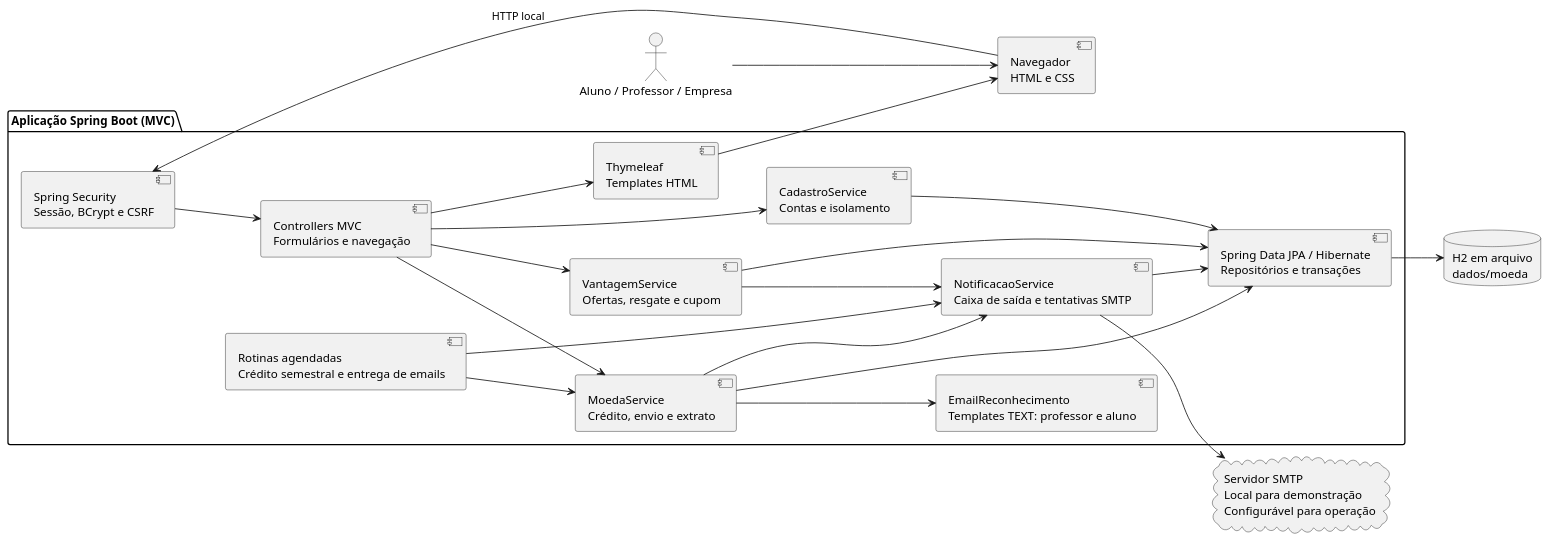
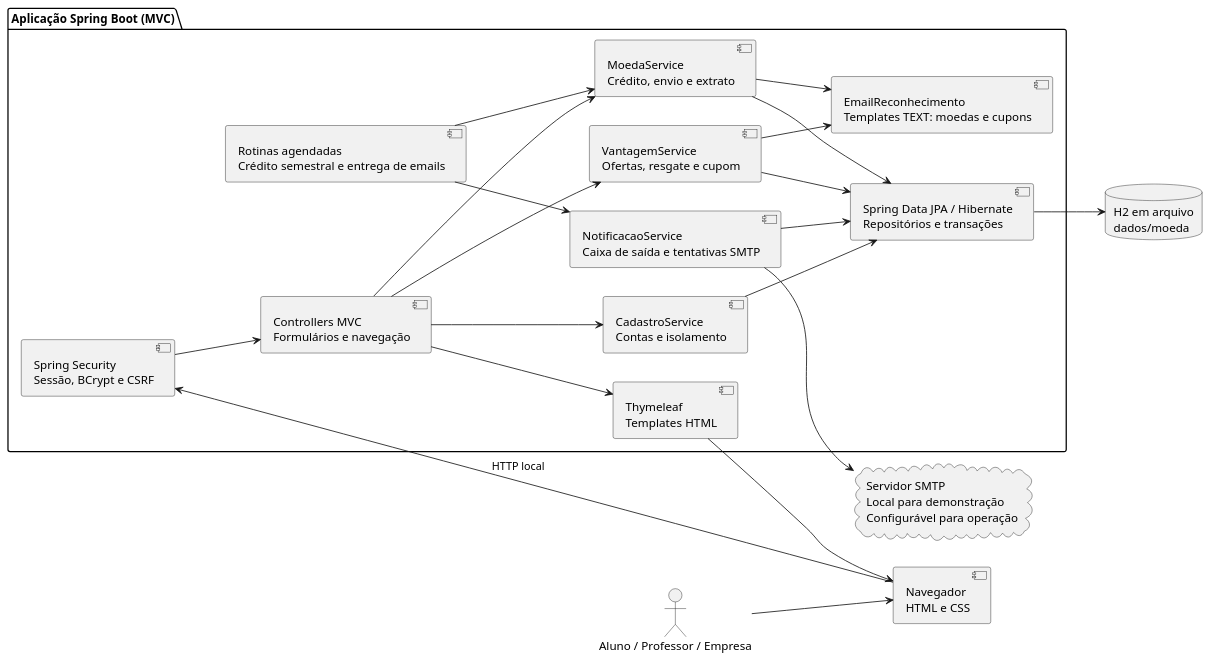
Before and after one commit to lucasnmc12/lab03-moeda-estudantil: the diagram in docs/diagramas/diagrama-de-componentes.puml, drawn with PlantUML. The commit also changed 11 other files, not shown here.

```diff
--- a/docs/diagramas/diagrama-de-componentes.puml
+++ b/docs/diagramas/diagrama-de-componentes.puml
@@ -1,39 +1,38 @@
 @startuml componentes_moeda
 skinparam shadowing false
 left to right direction
 actor "Aluno / Professor / Empresa" as Pessoa
 component "Navegador\nHTML e CSS" as Browser
 package "Aplicação Spring Boot (MVC)" {
  component "Spring Security\nSessão, BCrypt e CSRF" as Security
  component "Controllers MVC\nFormulários e navegação" as MVC
  component "Thymeleaf\nTemplates HTML" as Views
  component "CadastroService\nContas e isolamento" as Cadastro
  component "MoedaService\nCrédito, envio e extrato" as Moedas
  component "VantagemService\nOfertas, resgate e cupom" as Vantagens
  component "Spring Data JPA / Hibernate\nRepositórios e transações" as ORM
- component "EmailReconhecimento\nTemplates TEXT: professor e aluno" as TemplatesEmail
+ component "EmailReconhecimento\nTemplates TEXT: moedas e cupons" as TemplatesEmail
  component "NotificacaoService\nCaixa de saída e tentativas SMTP" as Email
  component "Rotinas agendadas\nCrédito semestral e entrega de emails" as Jobs
 }
 database "H2 em arquivo\ndados/moeda" as DB
 cloud "Servidor SMTP\nLocal para demonstração\nConfigurável para operação" as SMTP
 Pessoa --> Browser
 Browser --> Security : HTTP local
 Security --> MVC
 MVC --> Views
 Views --> Browser
 MVC --> Cadastro
 MVC --> Moedas
 MVC --> Vantagens
 Cadastro --> ORM
 Moedas --> ORM
 Vantagens --> ORM
 Moedas --> TemplatesEmail
-Moedas --> Email
-Vantagens --> Email
+Vantagens --> TemplatesEmail
 Email --> ORM
 ORM --> DB
 Jobs --> Moedas
 Jobs --> Email
 Email --> SMTP
 @enduml
```
